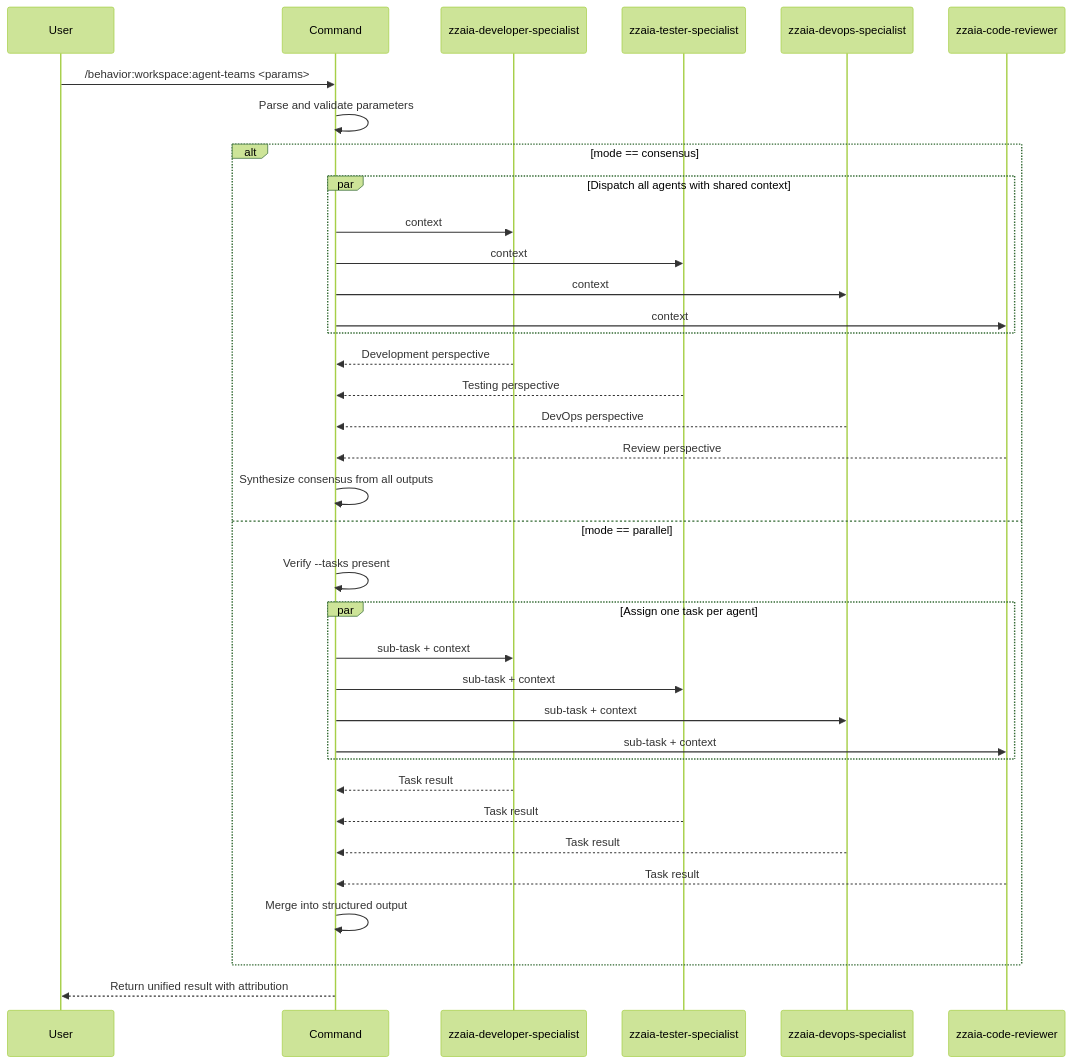
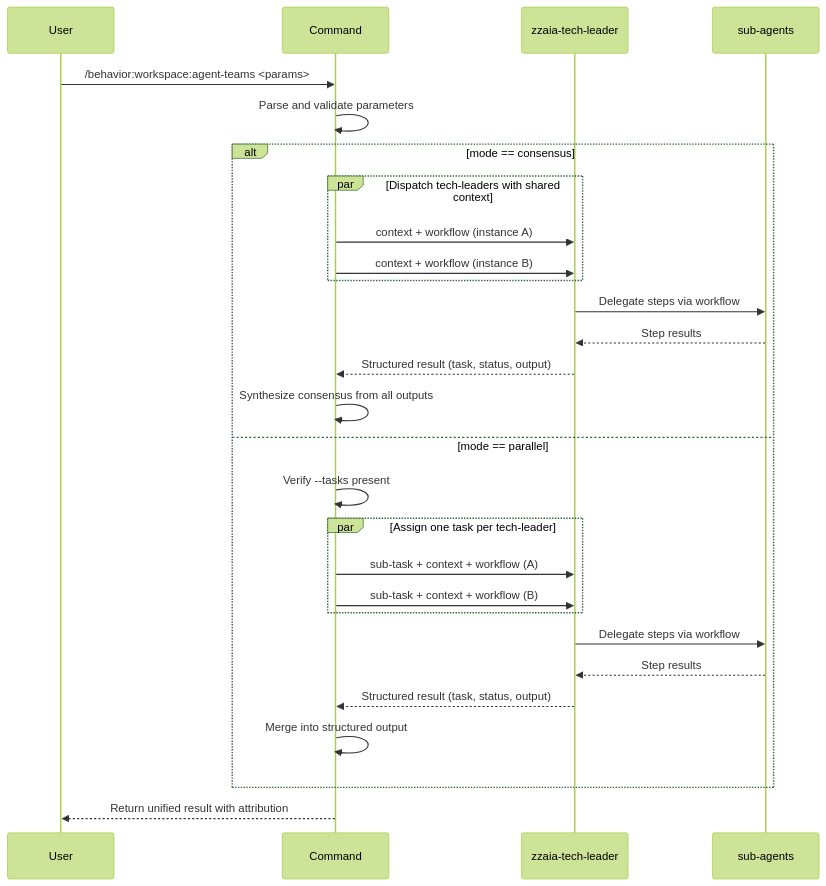
The diagram in .claude/commands/behavior/workspace/agent-teams.md (zzaia/zzaia-agentic-workspace), drawn with Mermaid (forest theme) before and after one commit. The commit also changed other lines of this file and 2 other files, not shown here.

Commit message:
Implement the new agent teammate zzaia tech leader;

````diff
--- a/.claude/commands/behavior/workspace/agent-teams.md
+++ b/.claude/commands/behavior/workspace/agent-teams.md
@@ -49,41 +58,33 @@
 ```mermaid
 sequenceDiagram
     participant U as User
     participant CMD as Command
-    participant DEV as zzaia-developer-specialist
-    participant TST as zzaia-tester-specialist
-    participant OPS as zzaia-devops-specialist
-    participant REV as zzaia-code-reviewer
+    participant TL as zzaia-tech-leader
+    participant SUB as sub-agents
 
     U->>CMD: /behavior:workspace:agent-teams <params>
     CMD->>CMD: Parse and validate parameters
 
     alt mode == consensus
-        par Dispatch all agents with shared context
-            CMD->>DEV: context
-            CMD->>TST: context
-            CMD->>OPS: context
-            CMD->>REV: context
+        par Dispatch tech-leaders with shared context
+            CMD->>TL: context + workflow (instance A)
+            CMD->>TL: context + workflow (instance B)
         end
-        DEV-->>CMD: Development perspective
-        TST-->>CMD: Testing perspective
-        OPS-->>CMD: DevOps perspective
-        REV-->>CMD: Review perspective
+        TL->>SUB: Delegate steps via workflow
+        SUB-->>TL: Step results
+        TL-->>CMD: Structured result (task, status, output)
         CMD->>CMD: Synthesize consensus from all outputs
     else mode == parallel
         CMD->>CMD: Verify --tasks present
-        par Assign one task per agent
-            CMD->>DEV: sub-task + context
-            CMD->>TST: sub-task + context
-            CMD->>OPS: sub-task + context
-            CMD->>REV: sub-task + context
+        par Assign one task per tech-leader
+            CMD->>TL: sub-task + context + workflow (A)
+            CMD->>TL: sub-task + context + workflow (B)
         end
-        DEV-->>CMD: Task result
-        TST-->>CMD: Task result
-        OPS-->>CMD: Task result
-        REV-->>CMD: Task result
+        TL->>SUB: Delegate steps via workflow
+        SUB-->>TL: Step results
+        TL-->>CMD: Structured result (task, status, output)
         CMD->>CMD: Merge into structured output
     end
 
     CMD-->>U: Return unified result with attribution
 ```
````
